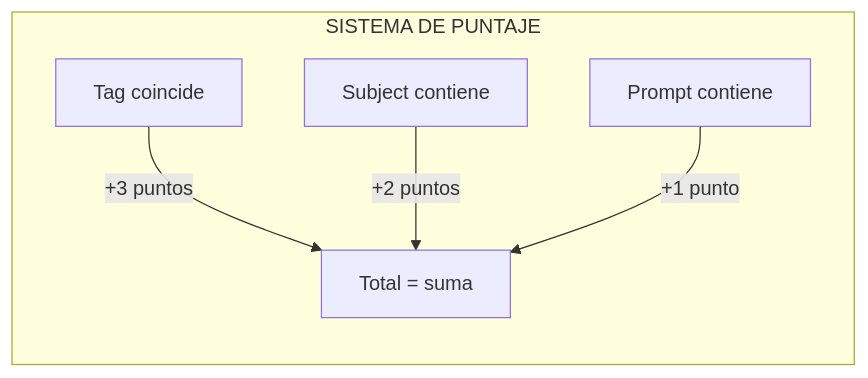
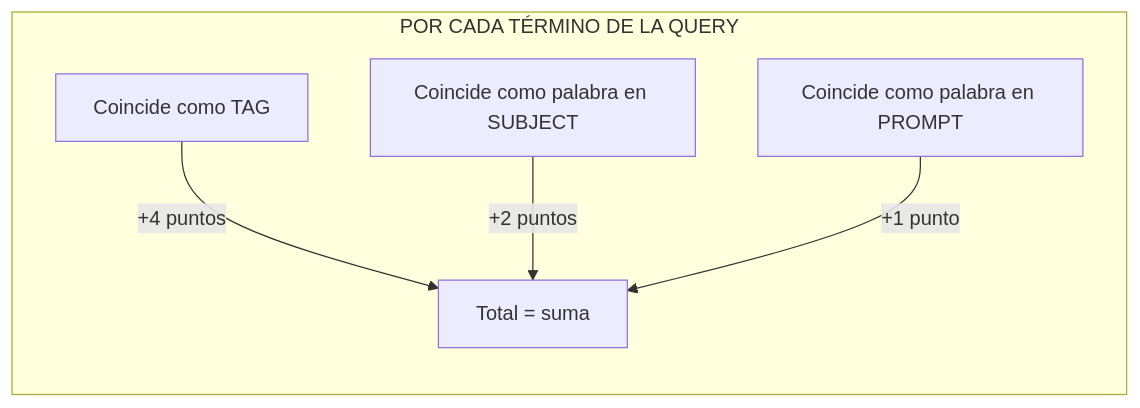
The eighth of 9 diagrams in docs/VORAEL_GUIA_COMPLETA.md (epimient/Buscador_grafos), drawn with Mermaid before and after one commit. The commit also changed other lines of this file and 10 other files, not shown here.

````diff
--- a/docs/VORAEL_GUIA_COMPLETA.md
+++ b/docs/VORAEL_GUIA_COMPLETA.md
@@ -351,8 +352,8 @@
 ```mermaid
 flowchart LR
-    subgraph SISTEMA["SISTEMA DE PUNTAJE"]
-        T["Tag coincide"] -->|+3 puntos| TOTAL["Total = suma"]
-        S["Subject contiene"] -->|+2 puntos| TOTAL
-        P["Prompt contiene"] -->|+1 punto| TOTAL
+    subgraph PORTERMINO["POR CADA TÉRMINO DE LA QUERY"]
+        T["Coincide como TAG"] -->|+4 puntos| TOTAL["Total = suma"]
+        S["Coincide como palabra en SUBJECT"] -->|+2 puntos| TOTAL
+        P["Coincide como palabra en PROMPT"] -->|+1 punto| TOTAL
     end
 ```
````
